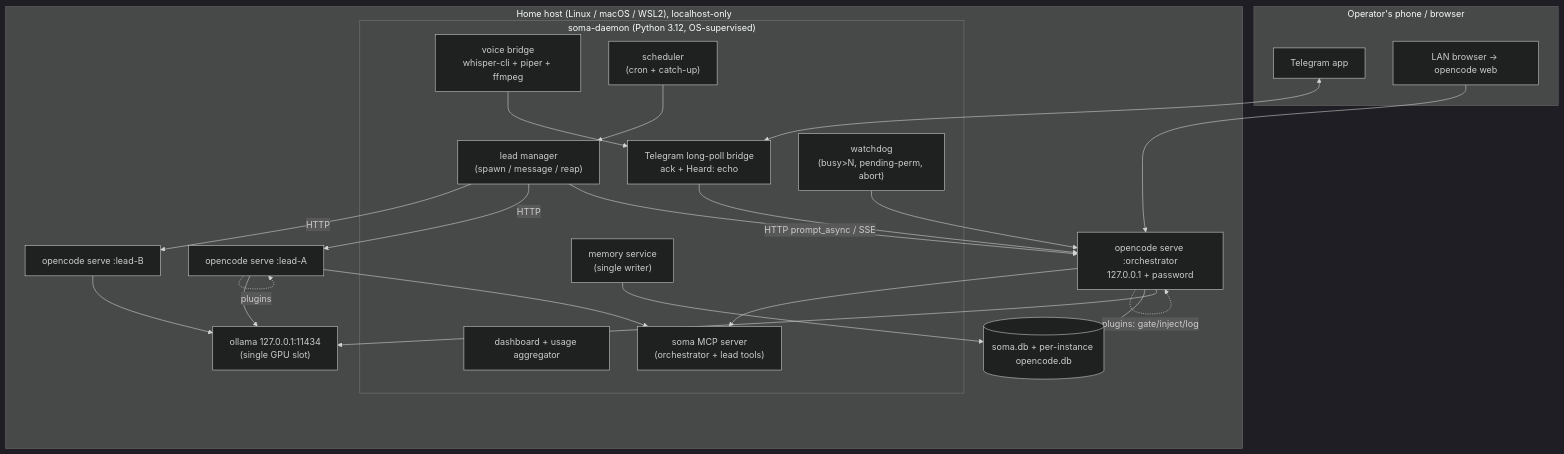
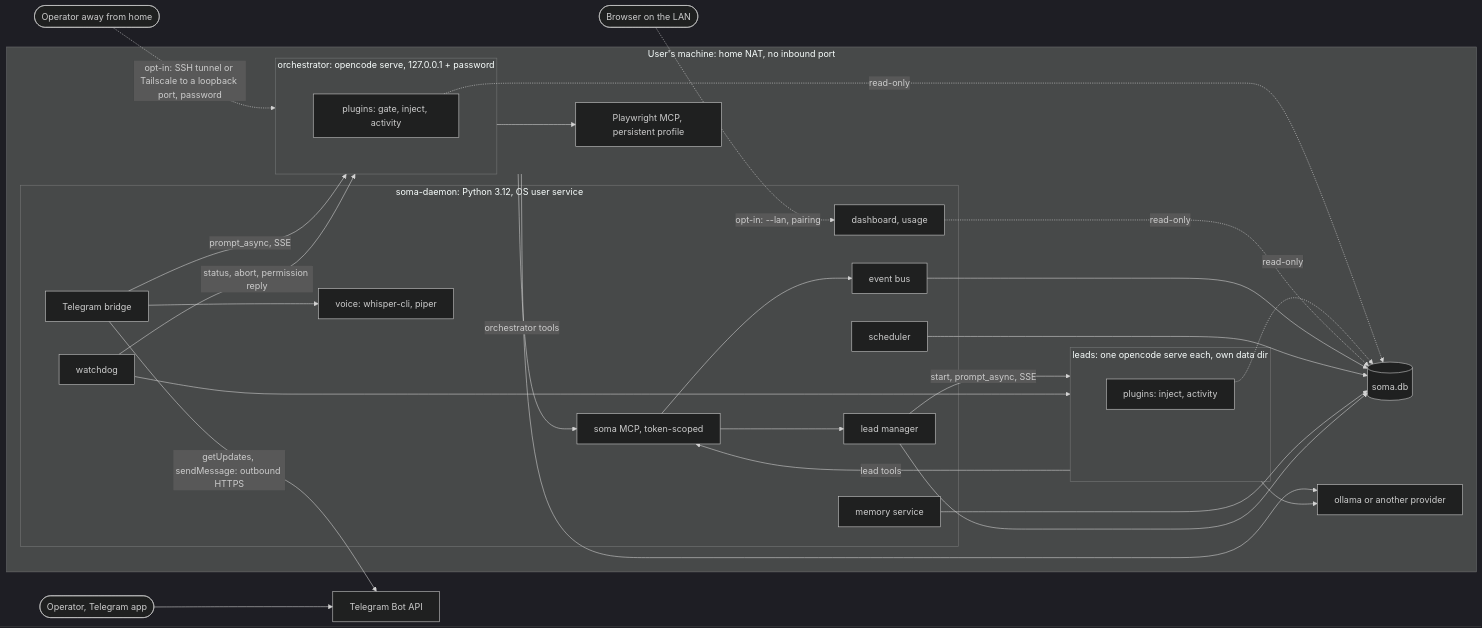
Before and after one commit to techfreakworm/claude-soma: the first of 5 diagrams in research/opencode-soma/ARCHITECTURE.md, drawn with Mermaid (dark theme). The commit also changed other lines of this file, not shown here.

````diff
--- a/research/opencode-soma/ARCHITECTURE.md
+++ b/research/opencode-soma/ARCHITECTURE.md
@@ -19,42 +44,50 @@
 ```mermaid
-flowchart TB
-  subgraph Phone["Operator's phone / browser"]
-    TG["Telegram app"]
-    WEB["LAN browser -> opencode web"]
-  end
-  subgraph Host["Home host (Linux / macOS / WSL2), localhost-only"]
-    subgraph Daemon["soma-daemon (Python 3.12, OS-supervised)"]
-      BR["Telegram long-poll bridge\nack + Heard: echo"]
-      VOICE["voice bridge\nwhisper-cli + piper + ffmpeg"]
-      LM["lead manager\n(spawn / message / reap)"]
-      SCH["scheduler\n(cron + catch-up)"]
-      MEM["memory service\n(single writer)"]
-      DASH["dashboard + usage aggregator"]
-      WD["watchdog\n(busy>N, pending-perm, abort)"]
-      SOMA_MCP["soma MCP server\n(orchestrator + lead tools)"]
+flowchart LR
+    OP(["Operator, Telegram app"]) --> TGAPI["Telegram Bot API"]
+    LANB(["Browser on the LAN"])
+    REM(["Operator away from home"])
+    subgraph HOST["User's machine: home NAT, no inbound port"]
+        subgraph DAEMON["soma-daemon: Python 3.12, OS user service"]
+            BR["Telegram bridge"]
+            VO["voice: whisper-cli, piper"]
+            LM["lead manager"]
+            EV["event bus"]
+            SC["scheduler"]
+            MS["memory service"]
+            WD["watchdog"]
+            DASH["dashboard, usage"]
+            MCP["soma MCP, token-scoped"]
+        end
+        DB[("soma.db")]
+        subgraph ORCH["orchestrator: opencode serve, 127.0.0.1 + password"]
+            OPLUG["plugins: gate, inject, activity"]
+        end
+        subgraph LEADS["leads: one opencode serve each, own data dir"]
+            LPLUG["plugins: inject, activity"]
+        end
+        PW["Playwright MCP, persistent profile"]
+        LLM["ollama or another provider"]
     end
-    ORCH["opencode serve :orchestrator\n127.0.0.1 + password"]
-    L1["opencode serve :lead-A"]
-    L2["opencode serve :lead-B"]
-    OLL["ollama 127.0.0.1:11434\n(single GPU slot)"]
-    DB[("soma.db + per-instance opencode.db")]
-  end
-  TG <--> BR
-  WEB --> ORCH
-  BR --> ORCH
-  LM -->|HTTP prompt_async / SSE| ORCH
-  LM -->|HTTP| L1
-  LM -->|HTTP| L2
-  ORCH -. plugins: gate/inject/log .-> ORCH
-  L1 -. plugins .-> L1
-  ORCH --> SOMA_MCP
-  L1 --> SOMA_MCP
-  VOICE --> BR
-  SCH --> LM
-  WD --> ORCH
-  ORCH --> OLL
-  L1 --> OLL
-  L2 --> OLL
-  MEM --> DB
-  ORCH --> DB
+    BR -->|"getUpdates, sendMessage: outbound HTTPS"| TGAPI
+    BR --> VO
+    BR -->|"prompt_async, SSE"| ORCH
+    LM -->|"start, prompt_async, SSE"| LEADS
+    WD -->|"status, abort, permission reply"| ORCH
+    WD --> LEADS
+    ORCH -->|"orchestrator tools"| MCP
+    LEADS -->|"lead tools"| MCP
+    MCP --> LM
+    MCP --> EV
+    OPLUG -.->|"read-only"| DB
+    LPLUG -.->|"read-only"| DB
+    DASH -.->|"read-only"| DB
+    EV --> DB
+    SC --> DB
+    MS --> DB
+    LM --> DB
+    ORCH --> LLM
+    LEADS --> LLM
+    ORCH --> PW
+    LANB -.->|"opt-in: --lan, pairing"| DASH
+    REM -.->|"opt-in: SSH tunnel or Tailscale to a loopback port, password"| ORCH
 ```
````
